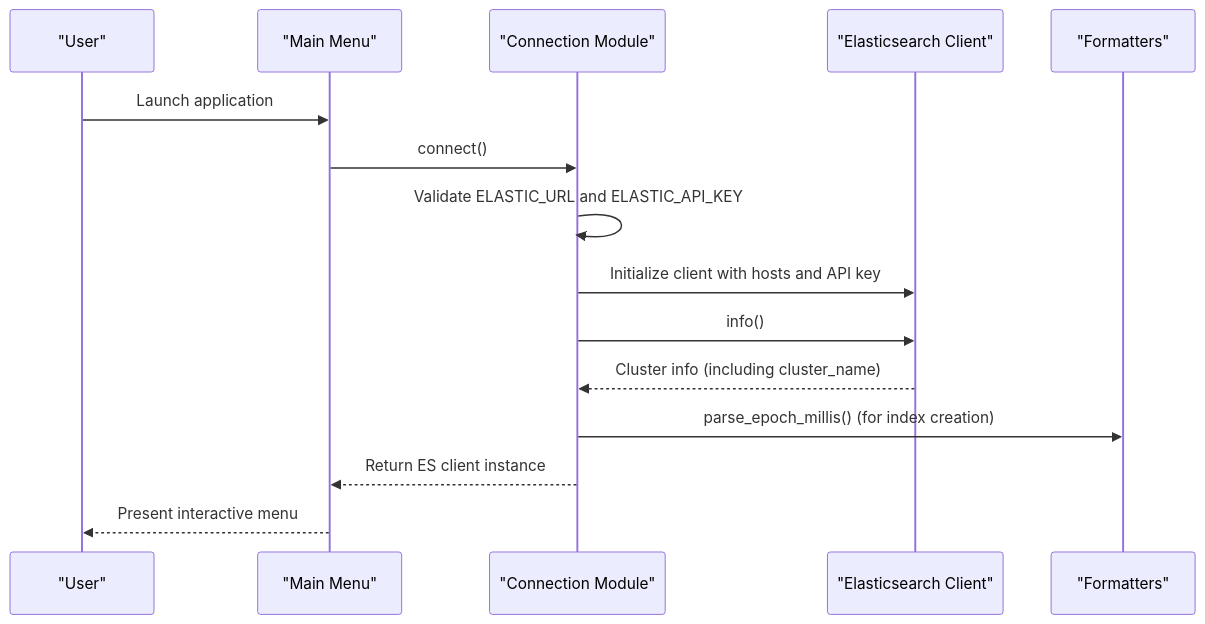
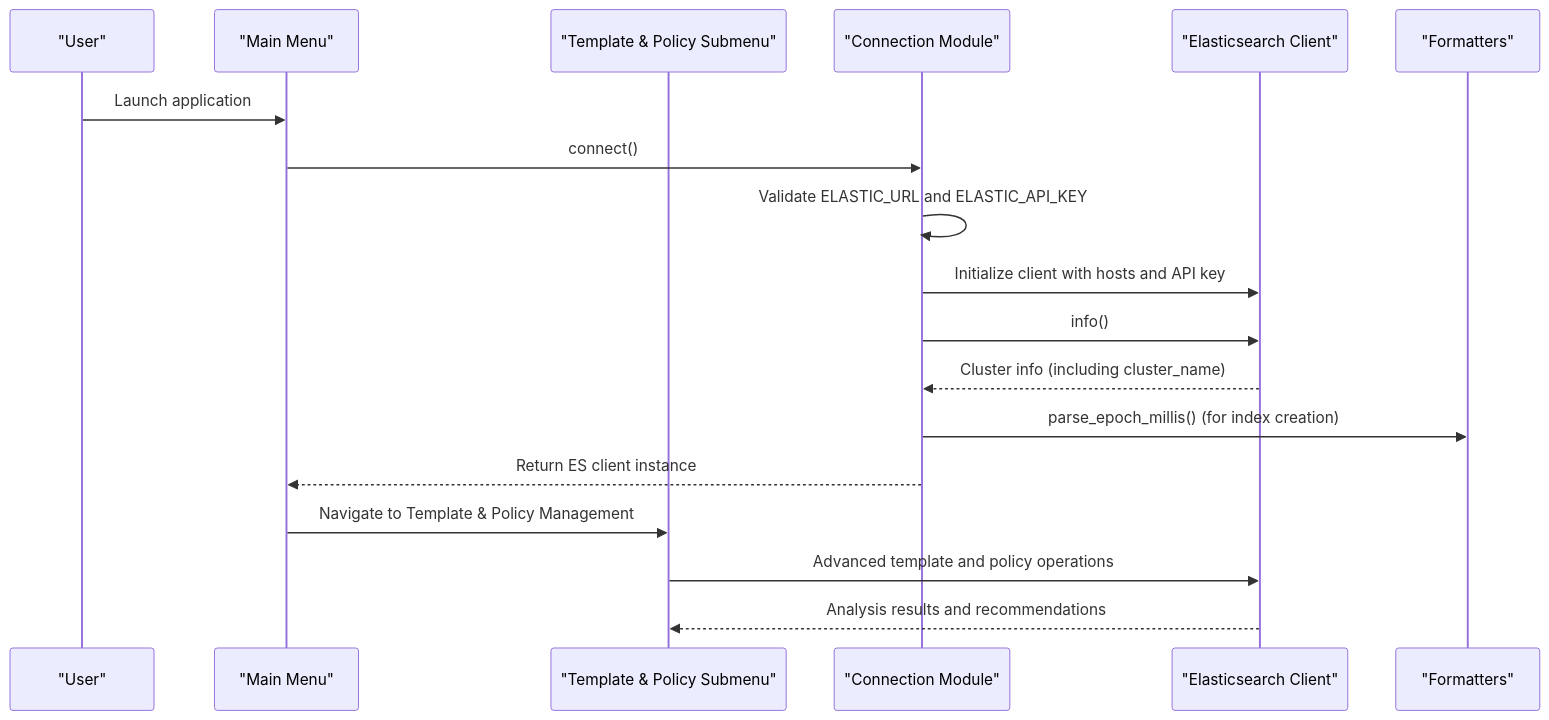
Before and after one commit to austinsonger/elastic-janitor: the second of 6 diagrams in .qoder/repowiki/en/content/API Reference/Core Modules.md, drawn with Mermaid. The commit also changed other lines of this file and 51 other files, not shown here.

````diff
--- a/.qoder/repowiki/en/content/API Reference/Core Modules.md
+++ b/.qoder/repowiki/en/content/API Reference/Core Modules.md
@@ -117,17 +142,20 @@
 ```mermaid
 sequenceDiagram
 participant User as "User"
 participant Menu as "Main Menu"
+participant Submenu as "Template & Policy Submenu"
 participant Conn as "Connection Module"
 participant ES as "Elasticsearch Client"
 participant Util as "Formatters"
 User->>Menu : Launch application
 Menu->>Conn : connect()
 Conn->>Conn : Validate ELASTIC_URL and ELASTIC_API_KEY
 Conn->>ES : Initialize client with hosts and API key
 Conn->>ES : info()
 ES-->>Conn : Cluster info (including cluster_name)
 Conn->>Util : parse_epoch_millis() (for index creation)
 Conn-->>Menu : Return ES client instance
-Menu-->>User : Present interactive menu
+Menu->>Submenu : Navigate to Template & Policy Management
+Submenu->>ES : Advanced template and policy operations
+ES-->>Submenu : Analysis results and recommendations
 ```
````
